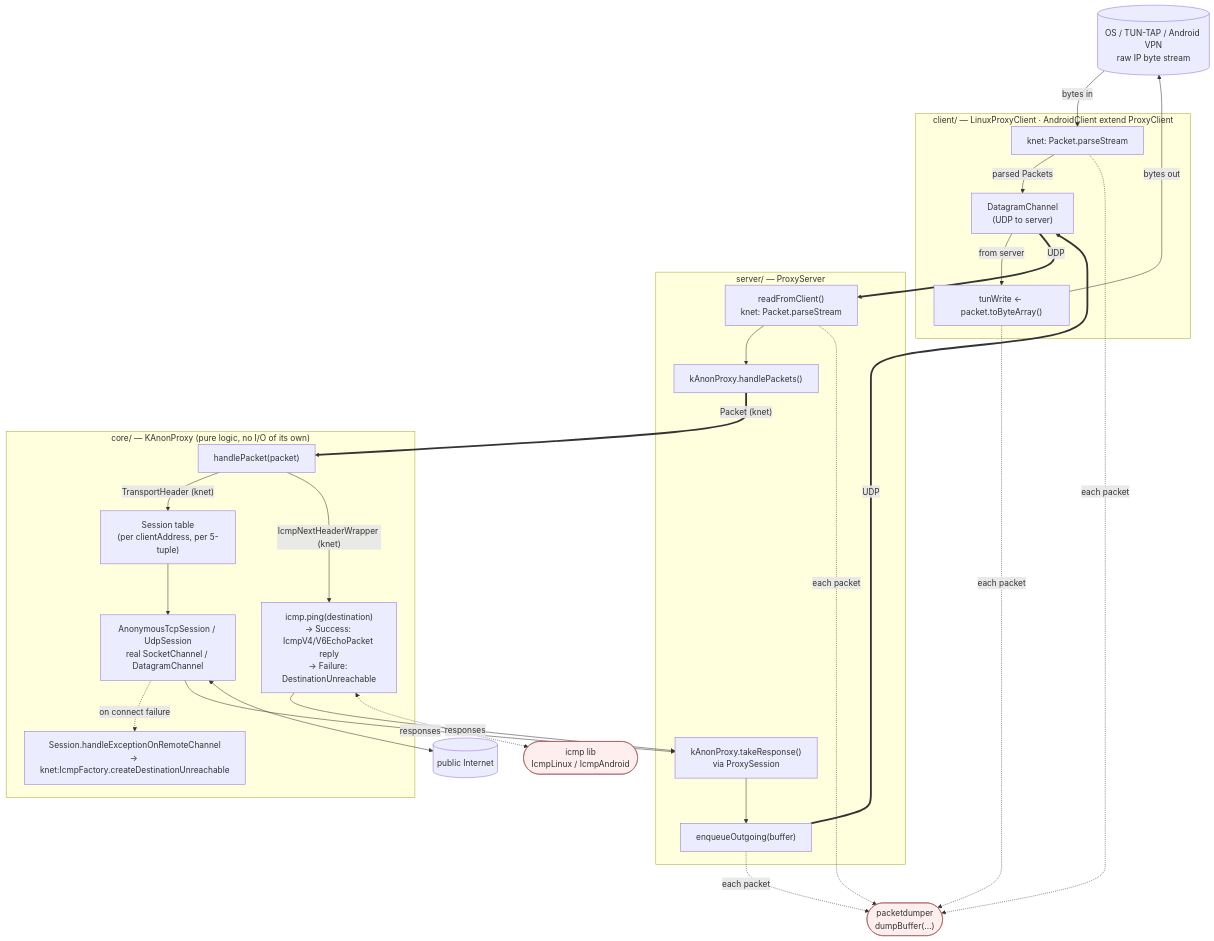
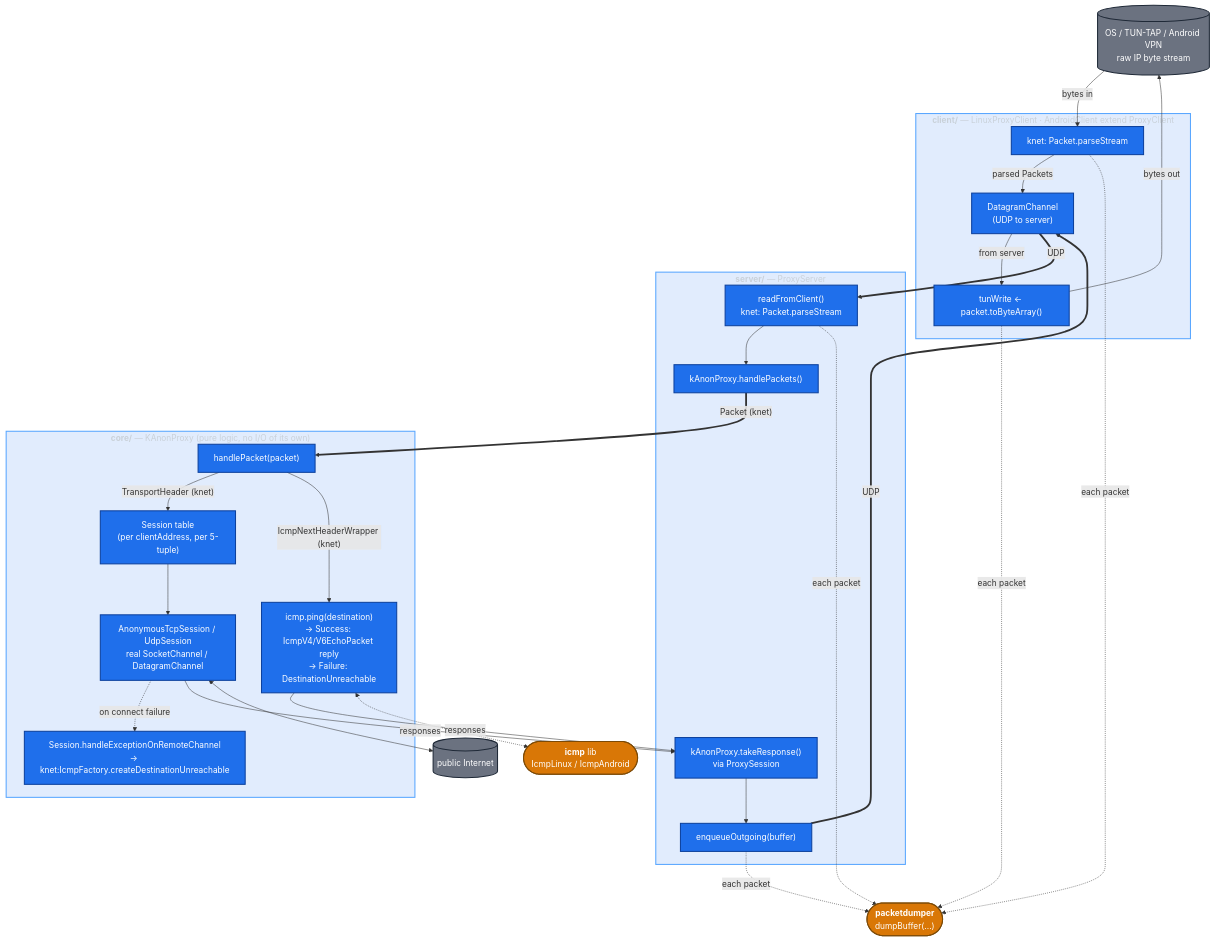
The second of 2 diagrams in docs/architecture.md (compscidr/kanonproxy), drawn with Mermaid before and after one commit. The commit also changed other lines of this file, not shown here.

Commit message:
Improve Mermaid diagram contrast on dark/light themes
The previous pastel fills (#eef, #efe) rendered with washed-out gray
text on GitHub's dark theme, making nodes hard to read. Replaced with
saturated fills (blue for libs/internal nodes, green for kanonproxy
modules, orange for external lib endpoints, gray for I/O endpoints)
and explicit white text via the color: attribute, which works
identically in both light and dark theme.

````diff
--- a/docs/architecture.md
+++ b/docs/architecture.md
@@ -53,55 +55,61 @@
 ```mermaid
 flowchart TD
     os[("OS / TUN-TAP / Android VPN<br/>raw IP byte stream")]
 
-    subgraph clientMod["client/ — LinuxProxyClient · AndroidClient extend ProxyClient"]
+    subgraph clientMod["<b>client/</b> — LinuxProxyClient · AndroidClient extend ProxyClient"]
         cParse["knet: Packet.parseStream"]
         cChan["DatagramChannel<br/>(UDP to server)"]
         cWrite["tunWrite ← packet.toByteArray()"]
         cParse -- "parsed Packets" --> cChan
         cChan -- "from server" --> cWrite
     end
 
-    subgraph serverMod["server/ — ProxyServer"]
+    subgraph serverMod["<b>server/</b> — ProxyServer"]
         sRead["readFromClient()<br/>knet: Packet.parseStream"]
         sHandle["kAnonProxy.handlePackets()"]
         sTake["kAnonProxy.takeResponse()<br/>via ProxySession"]
         sOut["enqueueOutgoing(buffer)"]
         sRead --> sHandle
         sTake --> sOut
     end
 
-    subgraph coreMod["core/ — KAnonProxy (pure logic, no I/O of its own)"]
+    subgraph coreMod["<b>core/</b> — KAnonProxy (pure logic, no I/O of its own)"]
         kHandle["handlePacket(packet)"]
         kSess["Session table<br/>(per clientAddress, per 5-tuple)"]
         kTcpUdp["AnonymousTcpSession / UdpSession<br/>real SocketChannel / DatagramChannel"]
         kIcmp["icmp.ping(destination)<br/>→ Success: IcmpV4/V6EchoPacket reply<br/>→ Failure: DestinationUnreachable"]
         kErr["Session.handleExceptionOnRemoteChannel<br/>→ knet:IcmpFactory.createDestinationUnreachable"]
         kHandle -- "TransportHeader (knet)" --> kSess --> kTcpUdp
         kHandle -- "IcmpNextHeaderWrapper (knet)" --> kIcmp
         kTcpUdp -.->|on connect failure| kErr
     end
 
-    pdLib(["packetdumper<br/>dumpBuffer(...)"])
-    icmpLib(["icmp lib<br/>IcmpLinux / IcmpAndroid"])
+    pdLib(["<b>packetdumper</b><br/>dumpBuffer(...)"])
+    icmpLib(["<b>icmp</b> lib<br/>IcmpLinux / IcmpAndroid"])
     inet[("public Internet")]
 
     os -- "bytes in" --> cParse
     cWrite -- "bytes out" --> os
     cChan == "UDP" ==> sRead
     sOut == "UDP" ==> cChan
     sHandle == "Packet (knet)" ==> kHandle
     kTcpUdp -- "responses" --> sTake
     kIcmp -- "responses" --> sTake
 
     kTcpUdp <--> inet
     kIcmp <-.-> icmpLib
 
     cParse -.->|each packet| pdLib
     cWrite -.->|each packet| pdLib
     sRead -.->|each packet| pdLib
     sOut -.->|each packet| pdLib
 
-    classDef ext fill:#fee,stroke:#a55;
+    classDef ext fill:#d97706,stroke:#7c4a06,stroke-width:2px,color:#ffffff;
+    classDef io fill:#6b7280,stroke:#1f2937,stroke-width:2px,color:#ffffff;
+    classDef node fill:#1f6feb,stroke:#0d419d,stroke-width:2px,color:#ffffff;
+    classDef group fill:#1f6feb22,stroke:#58a6ff,stroke-width:2px,color:#c9d1d9;
     class pdLib,icmpLib ext;
+    class os,inet io;
+    class cParse,cChan,cWrite,sRead,sHandle,sTake,sOut,kHandle,kSess,kTcpUdp,kIcmp,kErr node;
+    class clientMod,serverMod,coreMod group;
 ```
````
